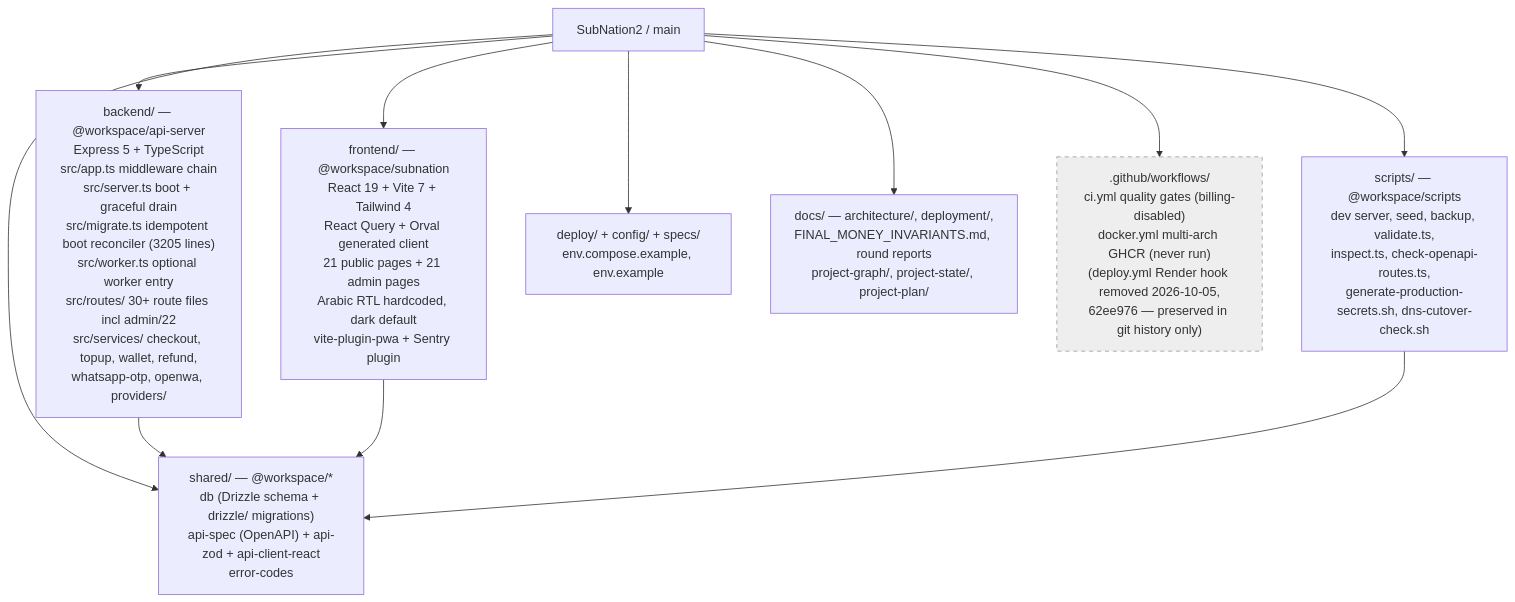
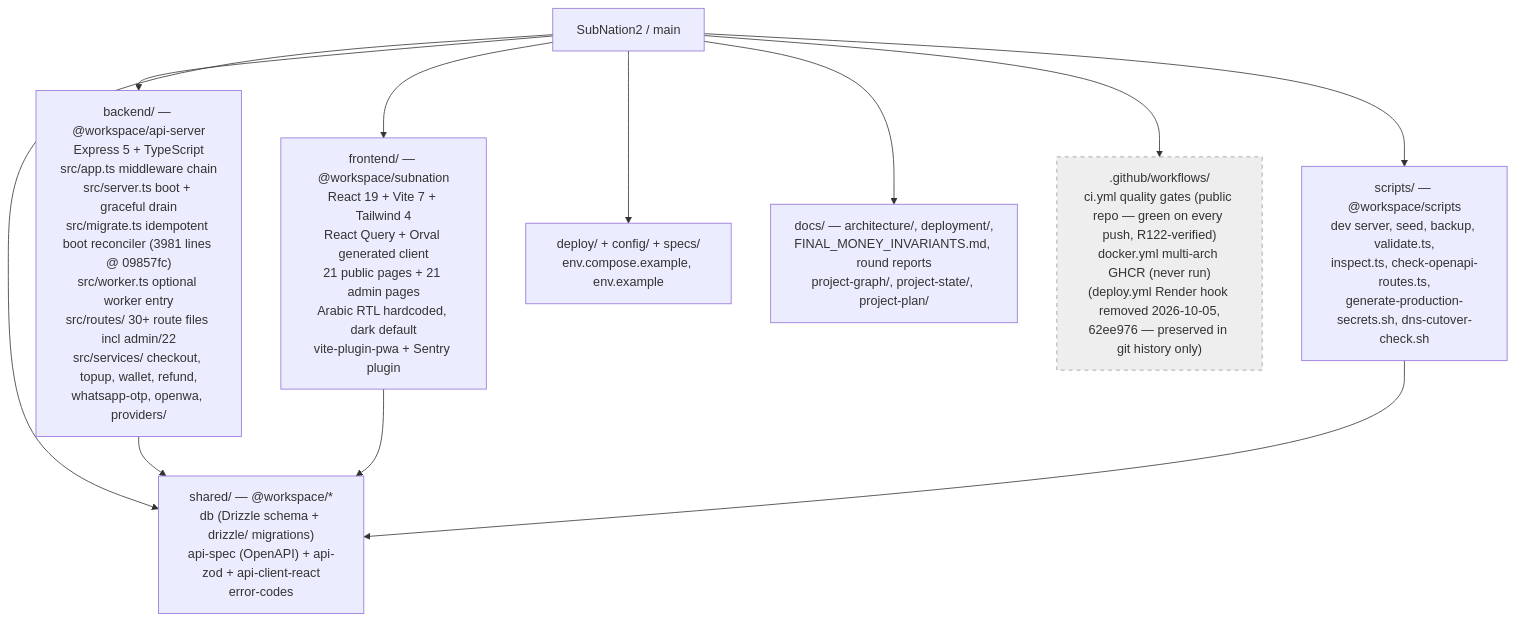
Before and after one commit to ahmadmedo1012/SubNation2: the diagram in docs/project-graph/01-repository.mmd, drawn with Mermaid. The commit also changed 27 other files, not shown here.

```diff
--- a/docs/project-graph/01-repository.mmd
+++ b/docs/project-graph/01-repository.mmd
@@ -1,18 +1,18 @@
 %% Repository layout — pnpm monorepo (verified 2026-10-05)
 graph TD
     R[SubNation2 / main]
 
-    R --> BE["backend/ — @workspace/api-server<br/>Express 5 + TypeScript<br/>src/app.ts middleware chain<br/>src/server.ts boot + graceful drain<br/>src/migrate.ts idempotent boot reconciler (3205 lines)<br/>src/worker.ts optional worker entry<br/>src/routes/ 30+ route files incl admin/22<br/>src/services/ checkout, topup, wallet, refund,<br/>whatsapp-otp, openwa, providers/"]
+    R --> BE["backend/ — @workspace/api-server<br/>Express 5 + TypeScript<br/>src/app.ts middleware chain<br/>src/server.ts boot + graceful drain<br/>src/migrate.ts idempotent boot reconciler (3981 lines @ 09857fc)<br/>src/worker.ts optional worker entry<br/>src/routes/ 30+ route files incl admin/22<br/>src/services/ checkout, topup, wallet, refund,<br/>whatsapp-otp, openwa, providers/"]
     R --> FE[frontend/ — @workspace/subnation<br/>React 19 + Vite 7 + Tailwind 4<br/>React Query + Orval generated client<br/>21 public pages + 21 admin pages<br/>Arabic RTL hardcoded, dark default<br/>vite-plugin-pwa + Sentry plugin]
     R --> SH["shared/ — @workspace/*<br/>db (Drizzle schema + drizzle/ migrations)<br/>api-spec (OpenAPI) + api-zod + api-client-react<br/>error-codes"]
     R --> SC[scripts/ — @workspace/scripts<br/>dev server, seed, backup, validate.ts,<br/>inspect.ts, check-openapi-routes.ts,<br/>generate-production-secrets.sh, dns-cutover-check.sh]
     R --> DE[deploy/ + config/ + specs/<br/>env.compose.example, env.example]
     R --> DOC[docs/ — architecture/, deployment/,<br/>FINAL_MONEY_INVARIANTS.md, round reports<br/>project-graph/, project-state/, project-plan/]
-    R --> GH[".github/workflows/<br/>ci.yml quality gates (billing-disabled)<br/>docker.yml multi-arch GHCR (never run)<br/>(deploy.yml Render hook removed 2026-10-05,<br/>62ee976 — preserved in git history only)"]
+    R --> GH[".github/workflows/<br/>ci.yml quality gates (public repo — green on every push, R122-verified)<br/>docker.yml multi-arch GHCR (never run)<br/>(deploy.yml Render hook removed 2026-10-05,<br/>62ee976 — preserved in git history only)"]
 
     BE --> SH
     FE --> SH
     SC --> SH
 
     classDef frozen fill:#eee,stroke:#999,stroke-dasharray: 5 5
     class GH frozen
```
